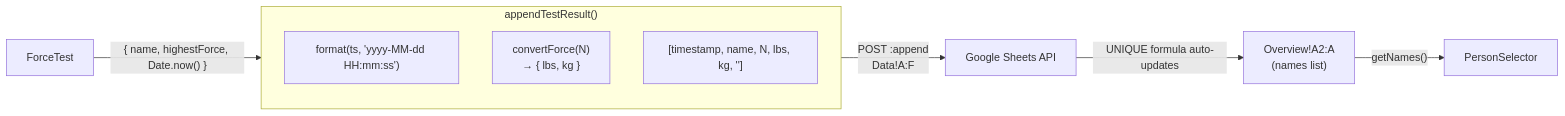
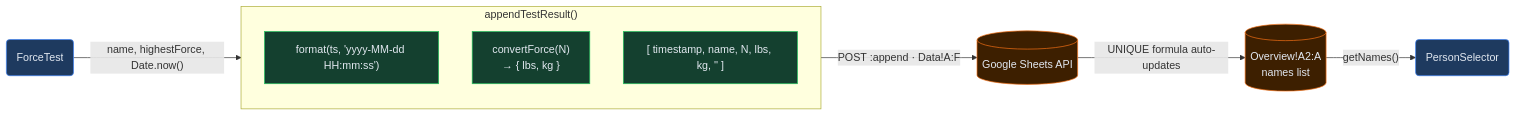
Diagram 12 of 23 in ARCHITECTURE.md (DerekLieww/Force-Recorder), drawn with Mermaid before and after one commit. The commit also changed other lines of this file and 9 other files, not shown here.

````diff
--- a/ARCHITECTURE.md
+++ b/ARCHITECTURE.md
@@ -569,14 +631,22 @@
 ```mermaid
 flowchart LR
-    ForceTest -->|"{ name, highestForce, Date.now() }"| AppendFn
+    ForceTest("ForceTest") -->|"name, highestForce, Date.now()"| AppendFn
 
     subgraph AppendFn["appendTestResult()"]
         TS["format(ts, 'yyyy-MM-dd HH:mm:ss')"]
         Conv["convertForce(N)<br/>→ { lbs, kg }"]
-        Row["[timestamp, name, N, lbs, kg, '']"]
+        Row["[ timestamp, name, N, lbs, kg, '' ]"]
     end
 
-    AppendFn -->|"POST :append<br/>Data!A:F"| SheetsAPI["Google Sheets API"]
-    SheetsAPI -->|"UNIQUE formula auto-updates"| Overview["Overview!A2:A<br/>(names list)"]
-    Overview -->|"getNames()"| PersonSelector
+    AppendFn -->|"POST :append · Data!A:F"| SheetsAPI[("Google Sheets API")]
+    SheetsAPI -->|"UNIQUE formula auto-updates"| Overview[("Overview!A2:A<br/>names list")]
+    Overview -->|"getNames()"| PersonSelector("PersonSelector")
+
+    classDef component fill:#1e3a5f,stroke:#3b82f6,color:#e2e8f0
+    classDef fn fill:#14402f,stroke:#22c55e,color:#e2e8f0
+    classDef external fill:#3d1f00,stroke:#f97316,color:#e2e8f0
+
+    class ForceTest,PersonSelector component
+    class TS,Conv,Row fn
+    class SheetsAPI,Overview external
 ```
````
